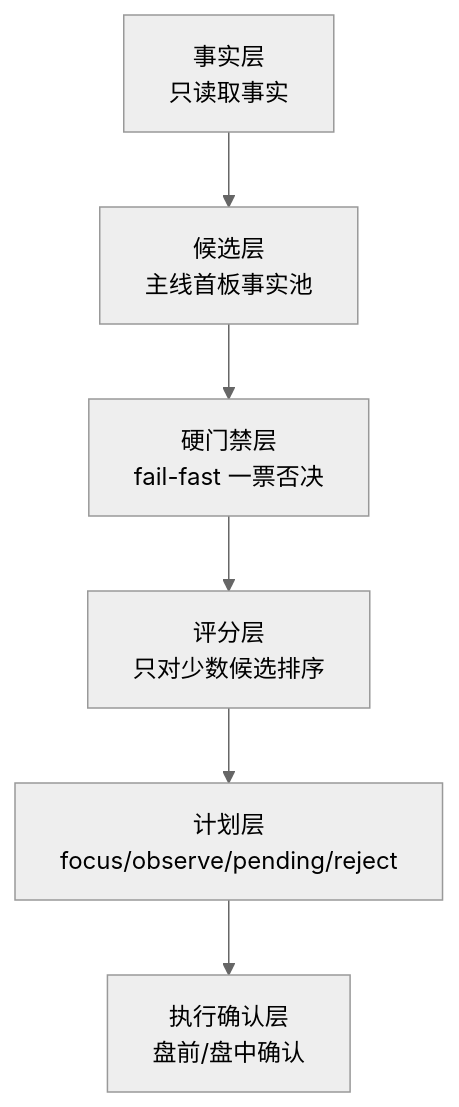
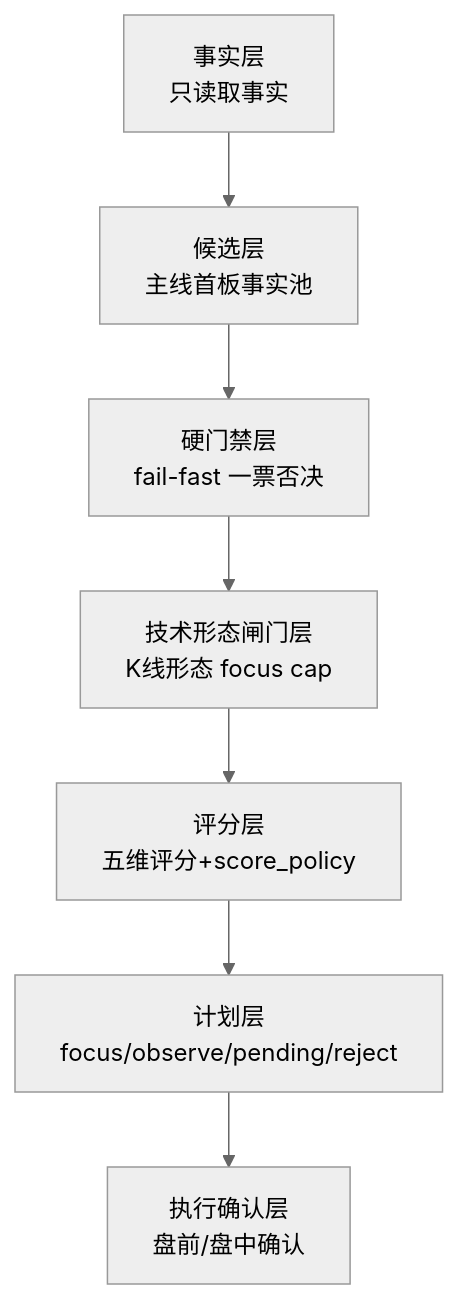
The second of 4 diagrams in docs/architecture/one_to_two_daily_review_architecture.md (tonychang925-dev/ai_theme_app), drawn with Mermaid (neutral theme) before and after one commit. The commit also changed other lines of this file and 4 other files, not shown here.

````diff
--- a/docs/architecture/one_to_two_daily_review_architecture.md
+++ b/docs/architecture/one_to_two_daily_review_architecture.md
@@ -186,8 +196,9 @@
 ```mermaid
 flowchart TD
     F1[事实层<br/>只读取事实] --> F2[候选层<br/>主线首板事实池]
     F2 --> F3[硬门禁层<br/>fail-fast 一票否决]
-    F3 --> F4[评分层<br/>只对少数候选排序]
+    F3 --> F3a[技术形态闸门层<br/>K线形态 focus cap]
+    F3a --> F4[评分层<br/>五维评分+score_policy]
     F4 --> F5[计划层<br/>focus/observe/pending/reject]
     F5 --> F6[执行确认层<br/>盘前/盘中确认]
 ```
````
